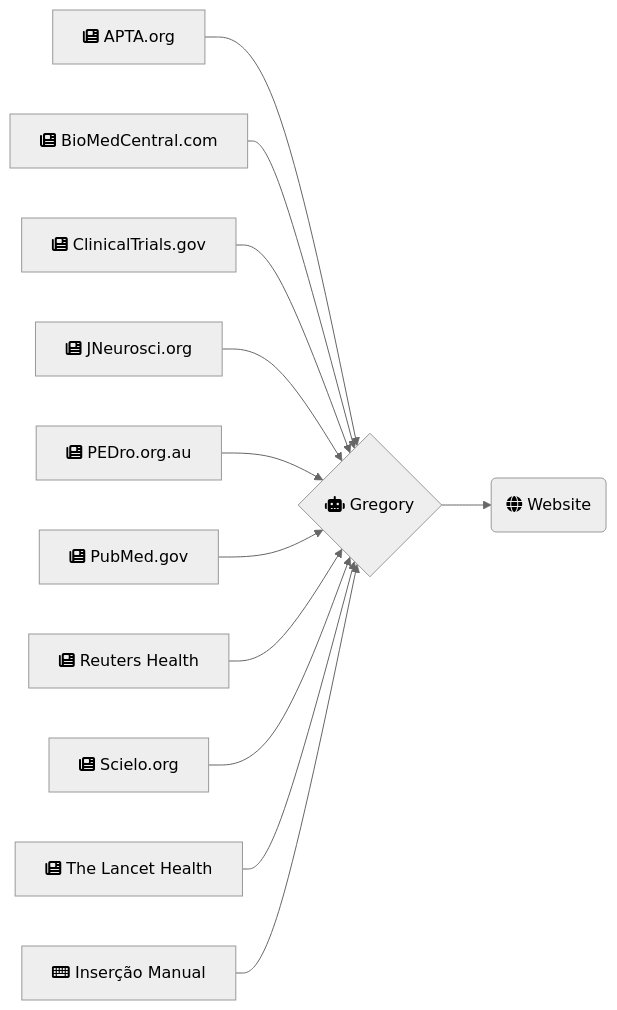
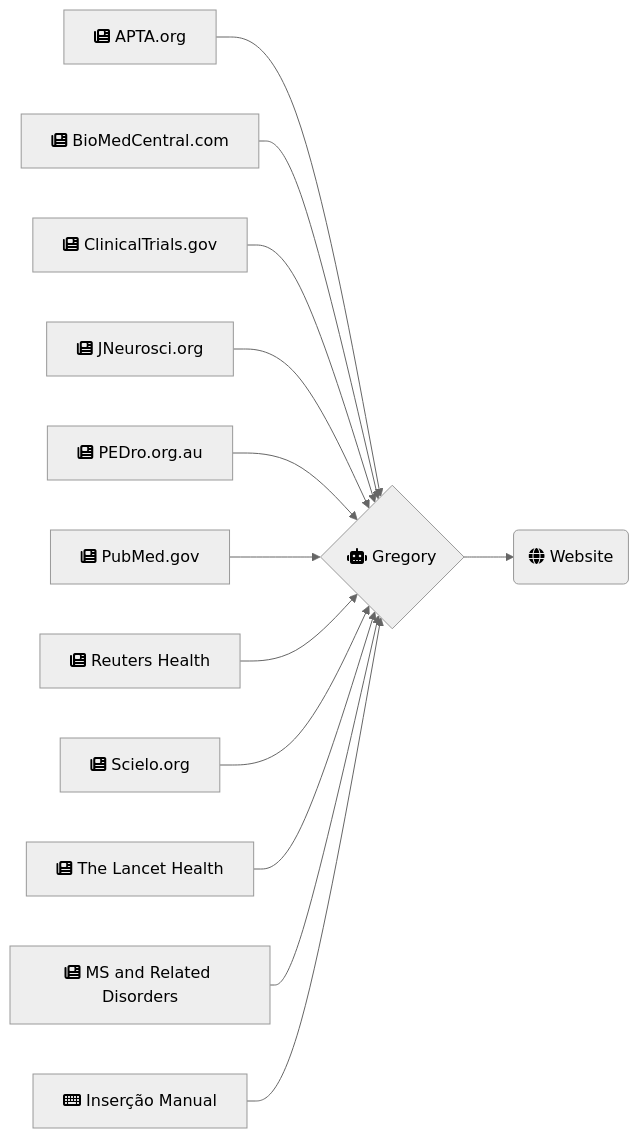
The diagram in content/about/index.md (brunoamaral/gregory-ai), drawn with Mermaid (neutral theme) before and after one commit. The commit also changed other lines of this file, not shown here.

````diff
--- a/content/about/index.md
+++ b/content/about/index.md
@@ -41,14 +41,15 @@
 ```mermaid
 graph LR;
     APTA[fa:fa-newspaper APTA.org] -->Gregory;
     BioMedCentral[fa:fa-newspaper BioMedCentral.com] -->Gregory;
     ClinicalTrials[fa:fa-newspaper ClinicalTrials.gov]-->Gregory;
     JNeurosci[fa:fa-newspaper JNeurosci.org]-->Gregory;
     PEDro[fa:fa-newspaper PEDro.org.au] -->Gregory;
     PubMed[fa:fa-newspaper PubMed.gov] -->Gregory;
     Reuters[fa:fa-newspaper Reuters Health]-->Gregory;
     Scielo[fa:fa-newspaper Scielo.org] -->Gregory;
     TheLancet[fa:fa-newspaper The Lancet Health]-->Gregory;
+    MsRelDis[fa:fa-newspaper MS and Related Disorders]-->Gregory;
     Manual[fa:fa-keyboard Inserção Manual]-->Gregory;
     Gregory{fa:fa-robot Gregory}-->Website(fa:fa-globe Website)
 ```
````
